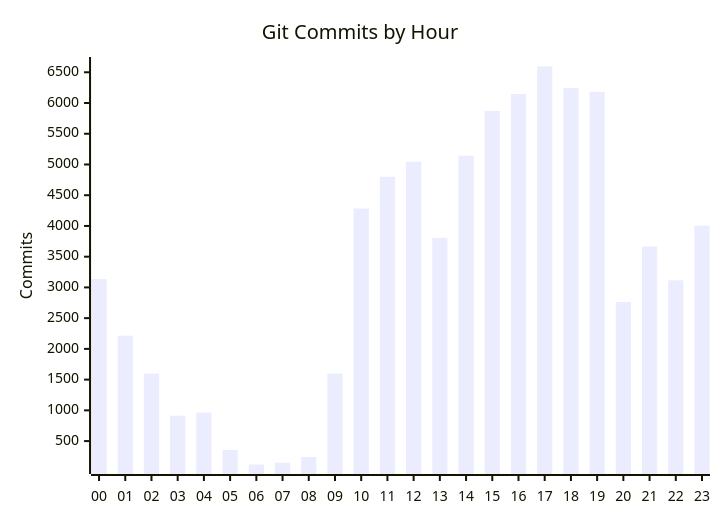
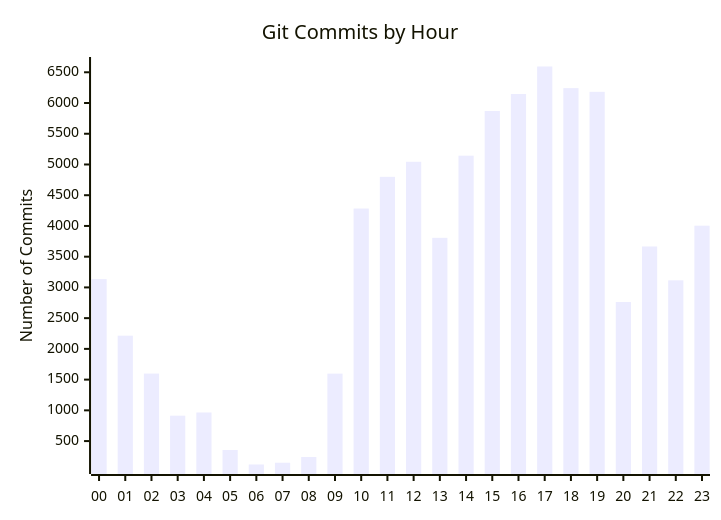
The diagram in git_commit_times.mmd (HariSekhon/Diagrams-as-Code), drawn with Mermaid before and after one commit.

```diff
--- a/git_commit_times.mmd
+++ b/git_commit_times.mmd
@@ -1,6 +1,6 @@
 xychart-beta
     title "Git Commits by Hour"
     x-axis [ 00, 01, 02, 03, 04, 05, 06, 07, 08, 09, 10, 11, 12, 13, 14, 15, 16, 17, 18, 19, 20, 21, 22, 23 ]
-    y-axis "Commits"
+    y-axis "Number of Commits"
     bar    [ 3135, 2215, 1598, 913, 965, 355, 119, 148, 241, 1597, 4283, 4799, 5044, 3807, 5143, 5870, 6147, 6594, 6242, 6182, 2762, 3666, 3115, 4004 ]
     %%line [ 3135, 2215, 1598, 913, 965, 355, 119, 148, 241, 1597, 4283, 4799, 5044, 3807, 5143, 5870, 6147, 6594, 6242, 6182, 2762, 3666, 3115, 4004 ]
```
